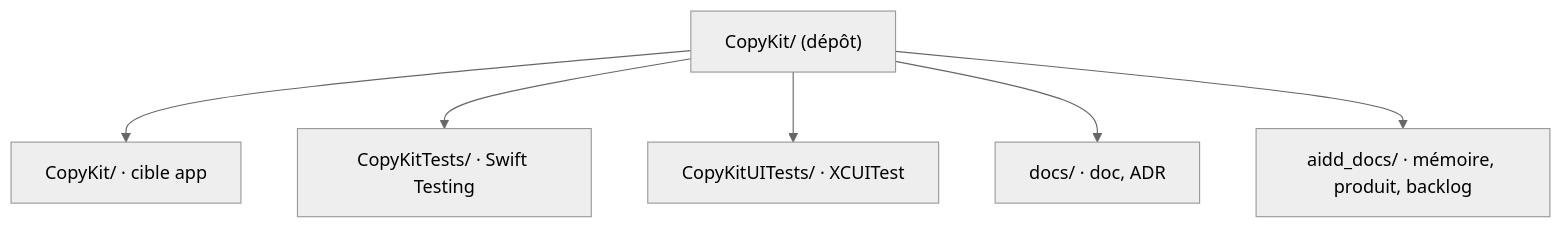
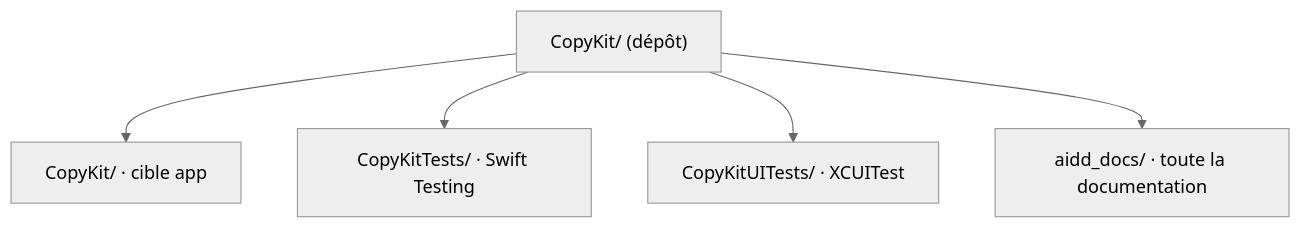
Before and after one commit to yanix2445/Copykit: the diagram in aidd_docs/memory/codebase-map.md, drawn with Mermaid (neutral theme). The commit also changed other lines of this file and 14 other files, not shown here.

First line of the commit message:
docs: move all project documentation into aidd_docs

````diff
--- a/aidd_docs/memory/codebase-map.md
+++ b/aidd_docs/memory/codebase-map.md
@@ -5,8 +5,7 @@
 ```mermaid
 flowchart TD
   Root["CopyKit/ (dépôt)"] --> App["CopyKit/ · cible app"]
   Root --> Tests["CopyKitTests/ · Swift Testing"]
   Root --> UITests["CopyKitUITests/ · XCUITest"]
-  Root --> Docs["docs/ · doc, ADR"]
-  Root --> Aidd["aidd_docs/ · mémoire, produit, backlog"]
+  Root --> Aidd["aidd_docs/ · toute la documentation"]
 ```
````
